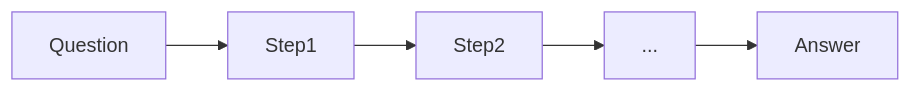
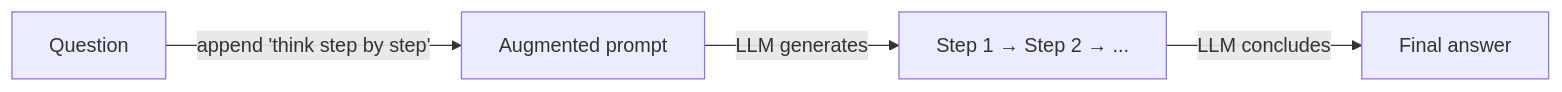
The first of 2 diagrams in docs/reasoning-patterns/cot.md (EmersonBraun/ai-summary-hub), drawn with Mermaid before and after one commit. The commit also changed other lines of this file and 77 other files, not shown here.

````diff
--- a/docs/reasoning-patterns/cot.md
+++ b/docs/reasoning-patterns/cot.md
@@ -19,7 +23,6 @@
 ```mermaid
 flowchart LR
-  Question[Question] --> Step1[Step1]
-  Step1 --> Step2[Step2]
-  Step2 --> More[...]
-  More --> Answer[Answer]
+  Question[Question] -->|append 'think step by step'| Prompt[Augmented prompt]
+  Prompt -->|LLM generates| Steps[Step 1 → Step 2 → ...]
+  Steps -->|LLM concludes| Answer[Final answer]
 ```
````
